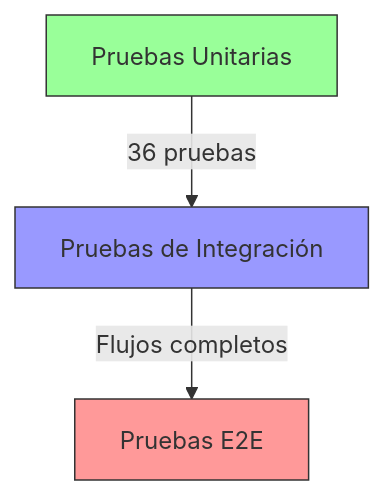
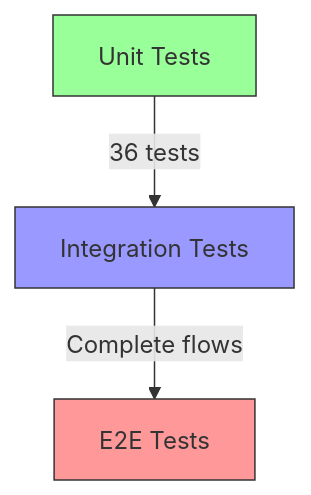
One commit to ibitato/MistralAITests changed the eighth of 10 diagrams in docs/ARCHITECTURE.md. Above: the diagram before and after it, drawn with Mermaid. The commit also changed other lines of this file and 6 other files, not shown here.

````diff
--- a/docs/ARCHITECTURE.md
+++ b/docs/ARCHITECTURE.md
@@ -349,9 +349,9 @@
 ```mermaid
 graph TD
-    A[Pruebas Unitarias] -->|36 pruebas| B[Pruebas de Integración]
-    B -->|Flujos completos| C[Pruebas E2E]
+    A[Unit Tests] -->|36 tests| B[Integration Tests]
+    B -->|Complete flows| C[E2E Tests]
     
     style A fill:#9f9,stroke:#333
     style B fill:#99f,stroke:#333
     style C fill:#f99,stroke:#333
 ```
````
